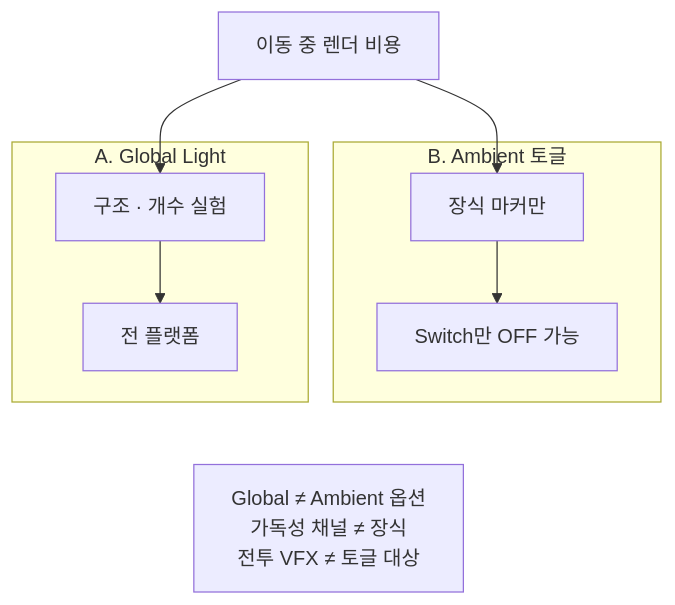
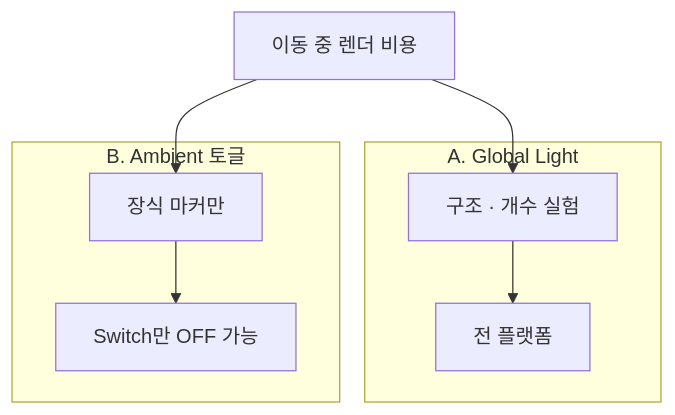
Before and after one commit to monet5379/monet5379.github.io: the diagram in notes/stage-visual-gpu-optimize.md, drawn with Mermaid. The commit also changed other lines of this file and 24 other files, not shown here.

Commit message:
콘텐츠(notes): project 목록 FM과 복수 증명·Mermaid·회고 슬롯을 맞춥니다.

````diff
--- a/notes/stage-visual-gpu-optimize.md
+++ b/notes/stage-visual-gpu-optimize.md
@@ -52,17 +53,13 @@
 ```mermaid
 flowchart TD
   M["이동 중 렌더 비용"] --> G
   M --> A
 
   subgraph GLOBAL["A. Global Light"]
     G["구조 · 개수 실험"] --> L["전 플랫폼"]
   end
 
   subgraph AMBIENT["B. Ambient 토글"]
     A["장식 마커만"] --> S["Switch만 OFF 가능"]
   end
-
-  NOTE["Global ≠ Ambient 옵션<br/>가독성 채널 ≠ 장식<br/>전투 VFX ≠ 토글 대상"]
-  L ~~~ NOTE
-  S ~~~ NOTE
 ```
````
